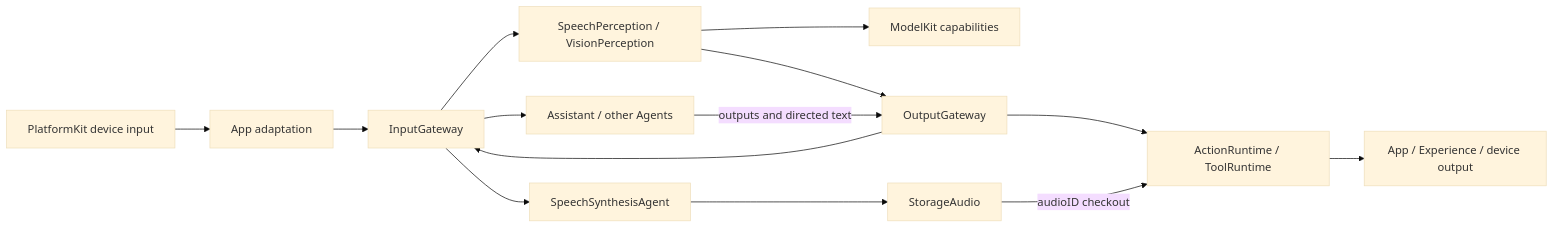
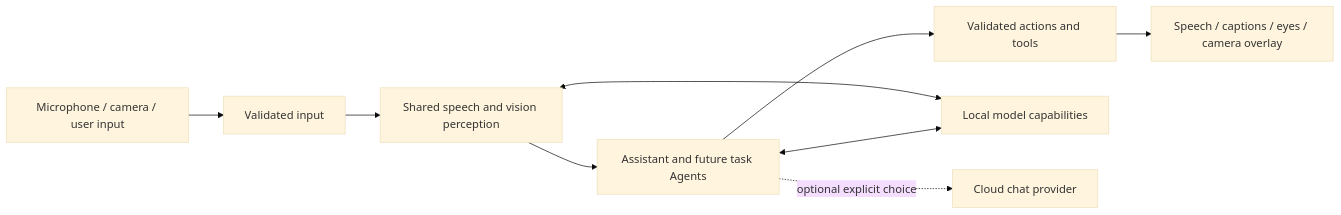
One commit to devilyouwei/MobileHarness changed the diagram in docs/Architecture.md. Above: the diagram before and after it, drawn with Mermaid (base theme). The commit also changed other lines of this file and 80 other files, not shown here.

Commit message:
Consolidate architecture docs and add local settings storage

````diff
--- a/docs/Architecture.md
+++ b/docs/Architecture.md
@@ -25,16 +5,11 @@
 ```mermaid
 flowchart LR
-    Device[PlatformKit device input] --> App[App adaptation]
-    App --> IG[InputGateway]
-    IG --> Perception[SpeechPerception / VisionPerception]
-    IG --> Synthesis[SpeechSynthesisAgent]
-    Perception --> Models[ModelKit capabilities]
-    Perception --> OG[OutputGateway]
-    OG --> IG
-    IG --> Business[Assistant / other Agents]
-    Business -->|outputs and directed text| OG
-    OG --> Runtimes[ActionRuntime / ToolRuntime]
-    Runtimes --> UI[App / Experience / device output]
-    Synthesis --> StorageAudio[StorageAudio]
-    StorageAudio -->|audioID checkout| Runtimes
+    World[Microphone / camera / user input] --> Input[Validated input]
+    Input --> Perception[Shared speech and vision perception]
+    Perception --> Decisions[Assistant and future task Agents]
+    Decisions --> Output[Validated actions and tools]
+    Output --> Phone[Speech / captions / eyes / camera overlay]
+    Perception <--> Models[Local model capabilities]
+    Decisions <--> Models
+    Decisions -. optional explicit choice .-> Cloud[Cloud chat provider]
 ```
````
